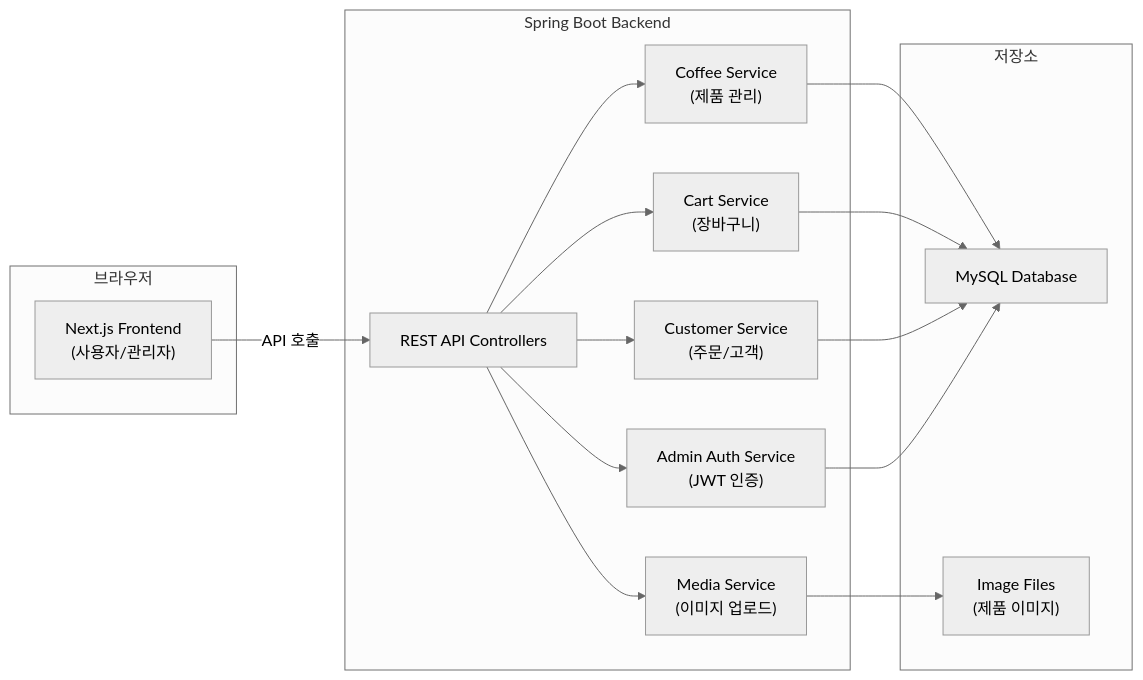
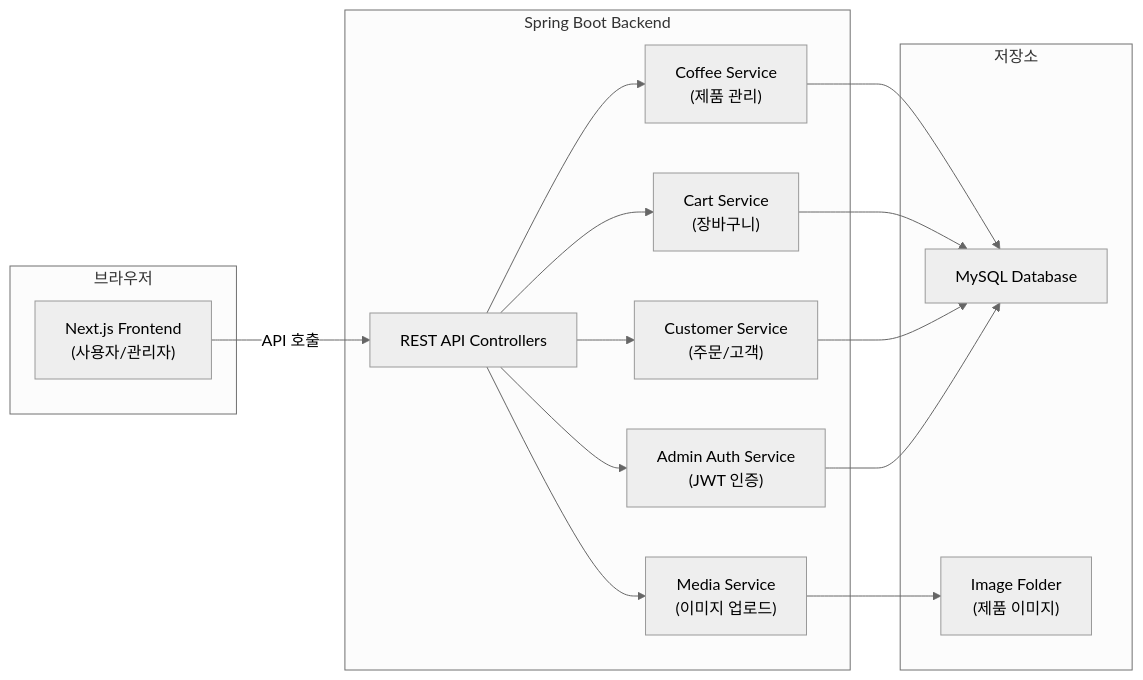
One commit to prgrms-be-devcourse/NBE7-9-1-Team12 changed the second of 4 diagrams in README.md. Above: the diagram before and after it, drawn with Mermaid (neutral theme). The commit also changed other lines of this file, not shown here.

Commit message:
Update team images and fix database schema

````diff
--- a/README.md
+++ b/README.md
@@ -175,33 +175,33 @@
 ```mermaid
 graph LR
     subgraph "브라우저"
         A["Next.js Frontend<br>(사용자/관리자)"]
     end
 
     subgraph "Spring Boot Backend"
         B[REST API Controllers]
         C["Coffee Service<br>(제품 관리)"]
         D["Cart Service<br>(장바구니)"]
         E["Customer Service<br>(주문/고객)"]
         F["Admin Auth Service<br>(JWT 인증)"]
         G["Media Service<br>(이미지 업로드)"]
     end
 
     subgraph "저장소"
         H[MySQL Database]
-        I["Image Files<br>(제품 이미지)"]
+        I["Image Folder<br>(제품 이미지)"]
     end
 
     A -- "API 호출" --> B
     B --> C
     B --> D
     B --> E
     B --> F
     B --> G
 
     C --> H
     D --> H
     E --> H
     F --> H
     G --> I
 ```
````
